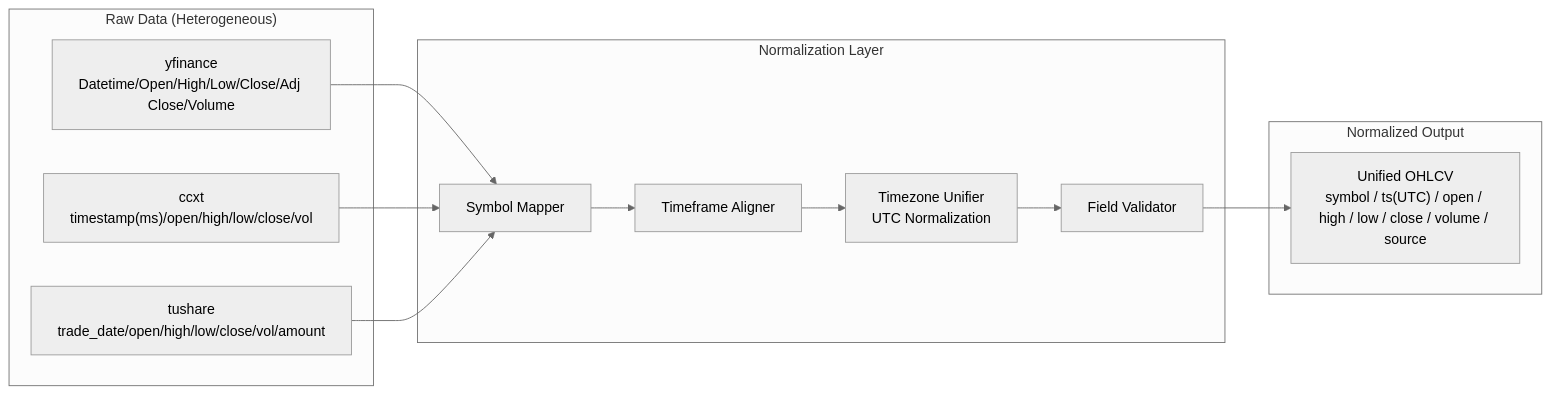
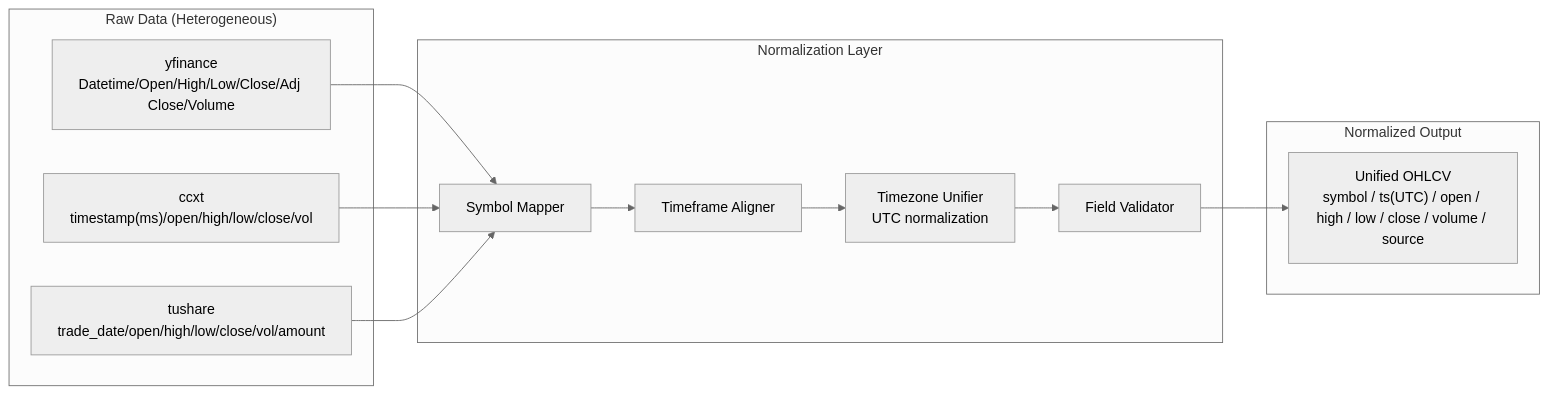
The sixth of 23 diagrams in DESIGN.md (RESBI/StockStatistic), drawn with Mermaid (neutral theme) before and after one commit. The commit also changed other lines of this file, not shown here.

````diff
--- a/DESIGN.md
+++ b/DESIGN.md
@@ -333,21 +348,21 @@
 ```mermaid
 graph LR
     subgraph "Raw Data (Heterogeneous)"
         R1["yfinance<br/>Datetime/Open/High/Low/Close/Adj Close/Volume"]
         R2["ccxt<br/>timestamp(ms)/open/high/low/close/vol"]
         R3["tushare<br/>trade_date/open/high/low/close/vol/amount"]
     end
 
     subgraph "Normalization Layer"
         SM["Symbol Mapper"]
         TF["Timeframe Aligner"]
-        TZ["Timezone Unifier<br/>UTC Normalization"]
+        TZ["Timezone Unifier<br/>UTC normalization"]
         FV["Field Validator"]
     end
 
     subgraph "Normalized Output"
         STD["Unified OHLCV<br/>symbol / ts(UTC) / open / high / low / close / volume / source"]
     end
 
     R1 & R2 & R3 --> SM --> TF --> TZ --> FV --> STD
 ```
````
